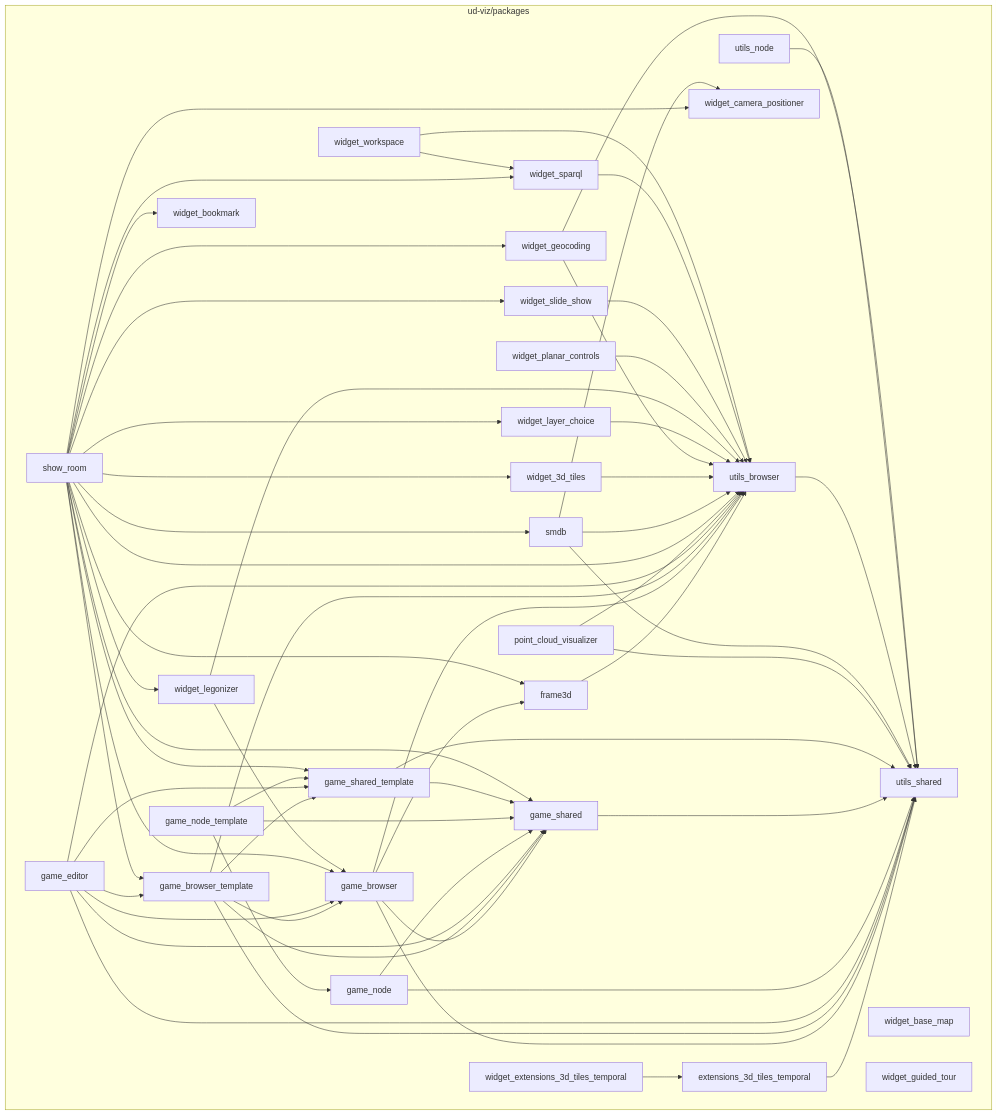
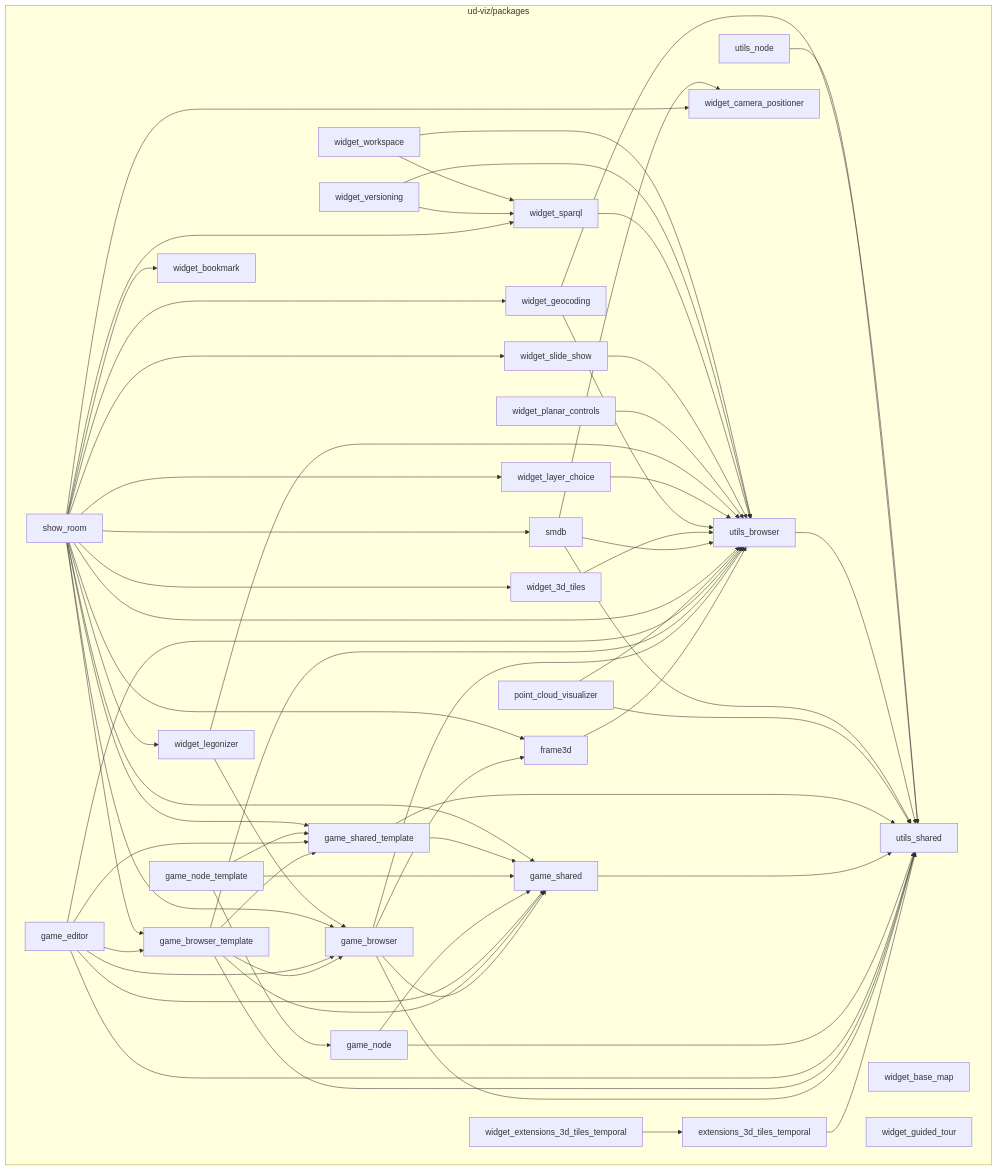
Before and after one commit to VCityTeam/UD-Viz: the diagram in docs/static/architecture.md, drawn with Mermaid. The commit also changed 44 other files, not shown here.

````diff
--- a/docs/static/architecture.md
+++ b/docs/static/architecture.md
@@ -31,6 +31,7 @@
 widget_planar_controls
 widget_slide_show
 widget_sparql
+widget_versioning
 widget_workspace
 end
 extensions_3d_tiles_temporal-->utils_shared
@@ -90,6 +91,8 @@
 widget_planar_controls-->utils_browser
 widget_slide_show-->utils_browser
 widget_sparql-->utils_browser
+widget_versioning-->utils_browser
+widget_versioning-->widget_sparql
 widget_workspace-->utils_browser
 widget_workspace-->widget_sparql
 ```
````
